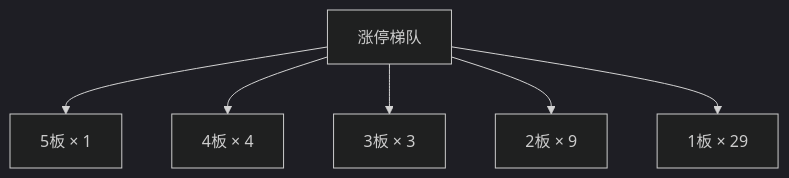
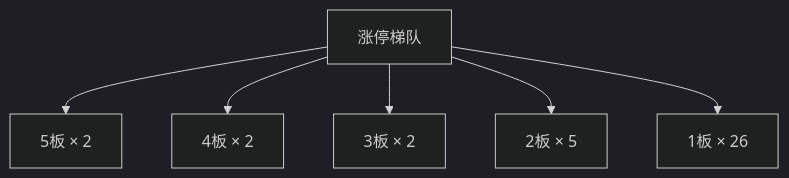
One commit to chenyang1999/chzl-kg changed the second of 3 diagrams in content/投研交易/盘中分析/20261112.md. Above: the diagram before and after it, drawn with Mermaid (dark theme). The commit also changed other lines of this file, not shown here.

````diff
--- a/content/投研交易/盘中分析/20261112.md
+++ b/content/投研交易/盘中分析/20261112.md
@@ -63,14 +68,14 @@
 ```mermaid
 flowchart TD
-    B_0["5板 × 1"]
-    B_1["4板 × 4"]
-    B_2["3板 × 3"]
-    B_3["2板 × 9"]
-    B_4["1板 × 29"]
+    B_0["5板 × 2"]
+    B_1["4板 × 2"]
+    B_2["3板 × 2"]
+    B_3["2板 × 5"]
+    B_4["1板 × 26"]
     ROOT["涨停梯队"]
     ROOT --> B_0
     ROOT --> B_1
     ROOT --> B_2
     ROOT --> B_3
     ROOT --> B_4
 ```
````
